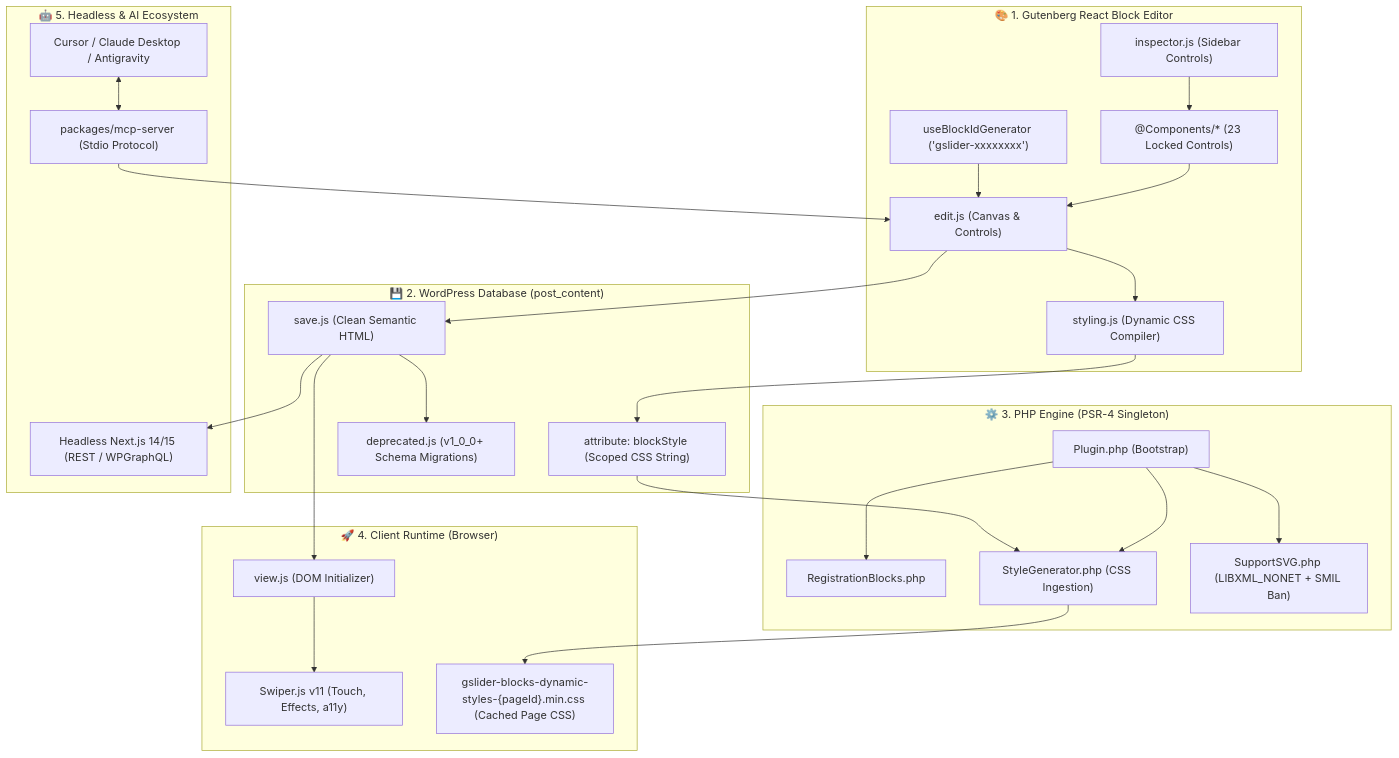
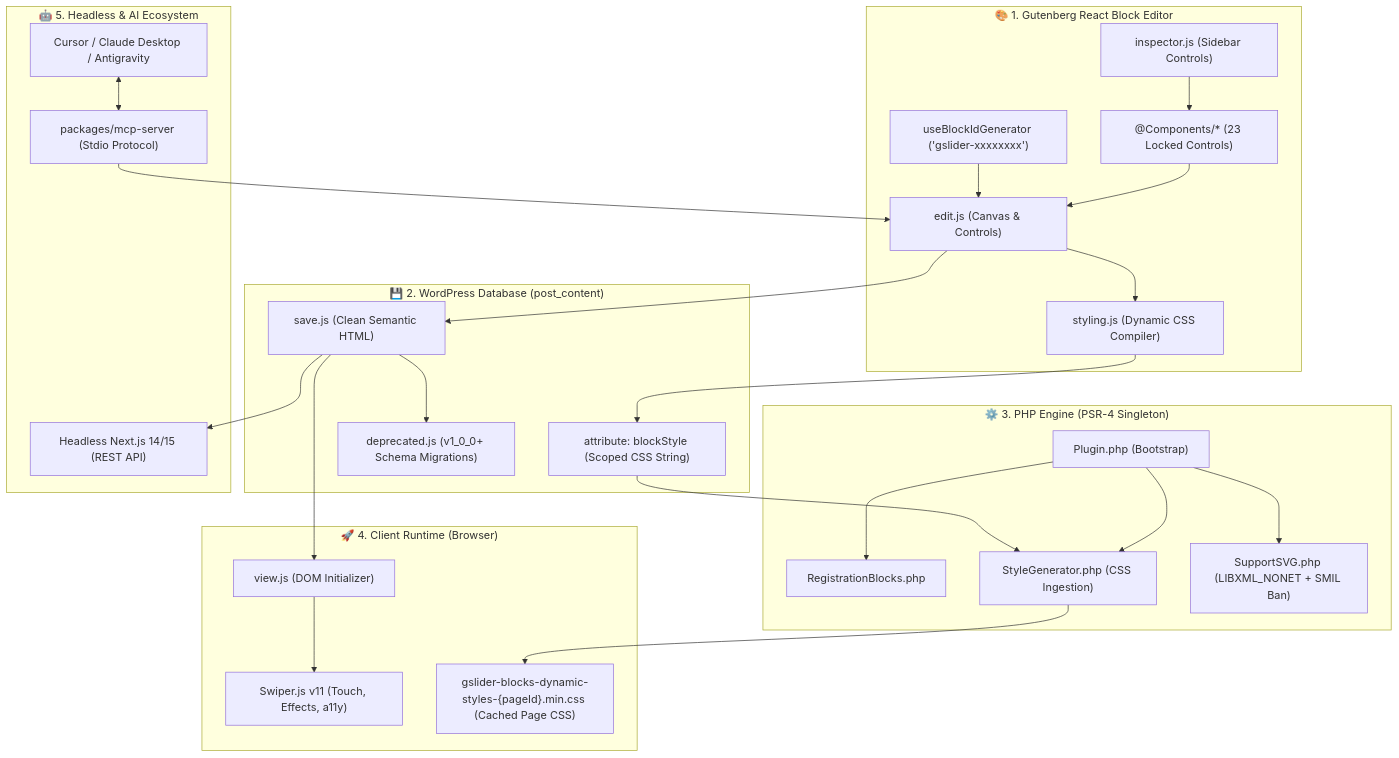
Before and after one commit to Aaqibhafeezkhan/gslider-blocks: the diagram in README.md, drawn with Mermaid. The commit also changed other lines of this file and 3 other files, not shown here.

````diff
--- a/README.md
+++ b/README.md
@@ -70,57 +70,57 @@
 ```mermaid
 flowchart TD
     subgraph Editor["🎨 1. Gutenberg React Block Editor"]
         EditJS["edit.js (Canvas & Controls)"]
         Inspector["inspector.js (Sidebar Controls)"]
         Components["@Components/* (23 Locked Controls)"]
         BlockId["useBlockIdGenerator ('gslider-xxxxxxxx')"]
         Styling["styling.js (Dynamic CSS Compiler)"]
         
         Inspector --> Components
         Components --> EditJS
         BlockId --> EditJS
         EditJS --> Styling
     end
 
     subgraph Storage["💾 2. WordPress Database (post_content)"]
         SaveJS["save.js (Clean Semantic HTML)"]
         BlockStyleAttr["attribute: blockStyle (Scoped CSS String)"]
         Deprecations["deprecated.js (v1_0_0+ Schema Migrations)"]
         
         EditJS --> SaveJS
         Styling --> BlockStyleAttr
         SaveJS --> Deprecations
     end
 
     subgraph Backend["⚙️ 3. PHP Engine (PSR-4 Singleton)"]
         Plugin["Plugin.php (Bootstrap)"]
         RegBlocks["RegistrationBlocks.php"]
         StyleGen["StyleGenerator.php (CSS Ingestion)"]
         SVGGuard["SupportSVG.php (LIBXML_NONET + SMIL Ban)"]
         
         Plugin --> RegBlocks
         Plugin --> StyleGen
         Plugin --> SVGGuard
         BlockStyleAttr --> StyleGen
     end
 
     subgraph Frontend["🚀 4. Client Runtime (Browser)"]
         ViewJS["view.js (DOM Initializer)"]
         SwiperEngine["Swiper.js v11 (Touch, Effects, a11y)"]
         ScopedCSS["gslider-blocks-dynamic-styles-{pageId}.min.css (Cached Page CSS)"]
         
         SaveJS --> ViewJS
         StyleGen --> ScopedCSS
         ViewJS --> SwiperEngine
     end
 
     subgraph HeadlessAI["🤖 5. Headless & AI Ecosystem"]
         MCPServer["packages/mcp-server (Stdio Protocol)"]
         AIAssistants["Cursor / Claude Desktop / Antigravity"]
-        HeadlessNext["Headless Next.js 14/15 (REST / WPGraphQL)"]
+        HeadlessNext["Headless Next.js 14/15 (REST API)"]
         
         AIAssistants <--> MCPServer
         MCPServer --> EditJS
         SaveJS --> HeadlessNext
     end
 ```
````
